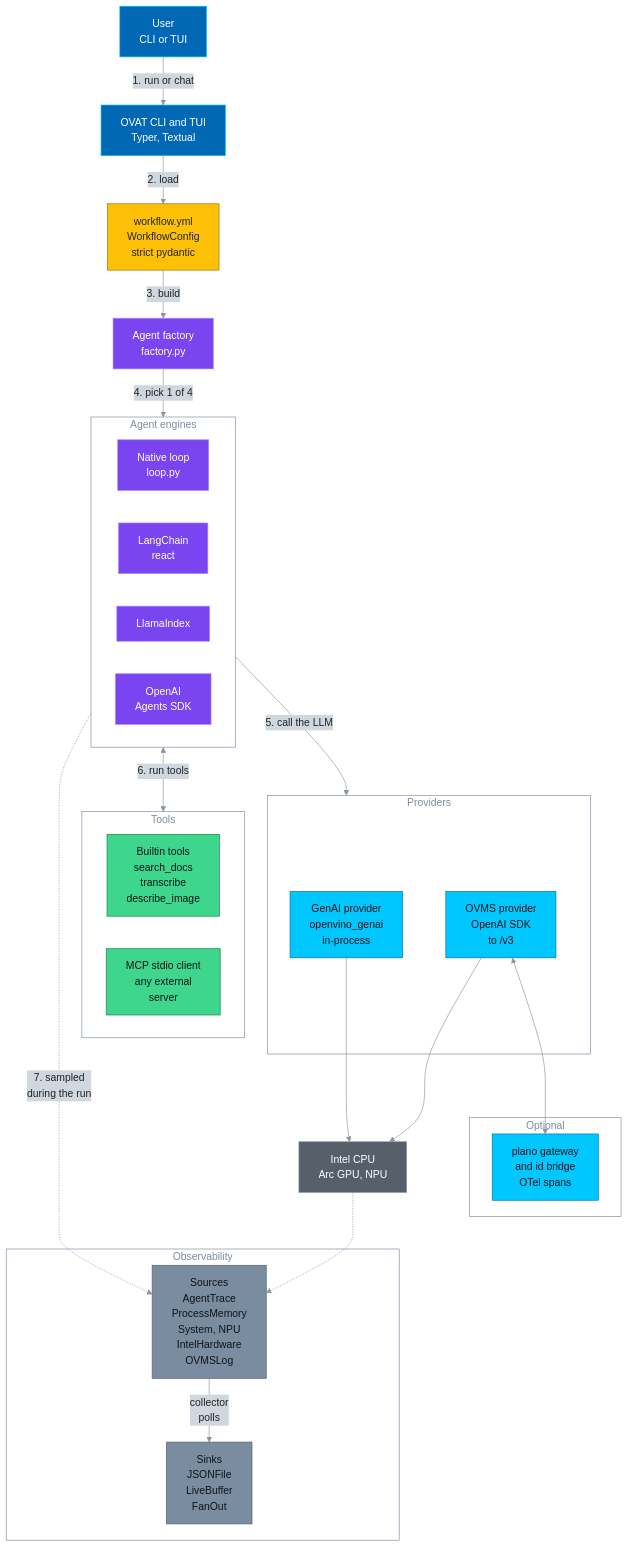
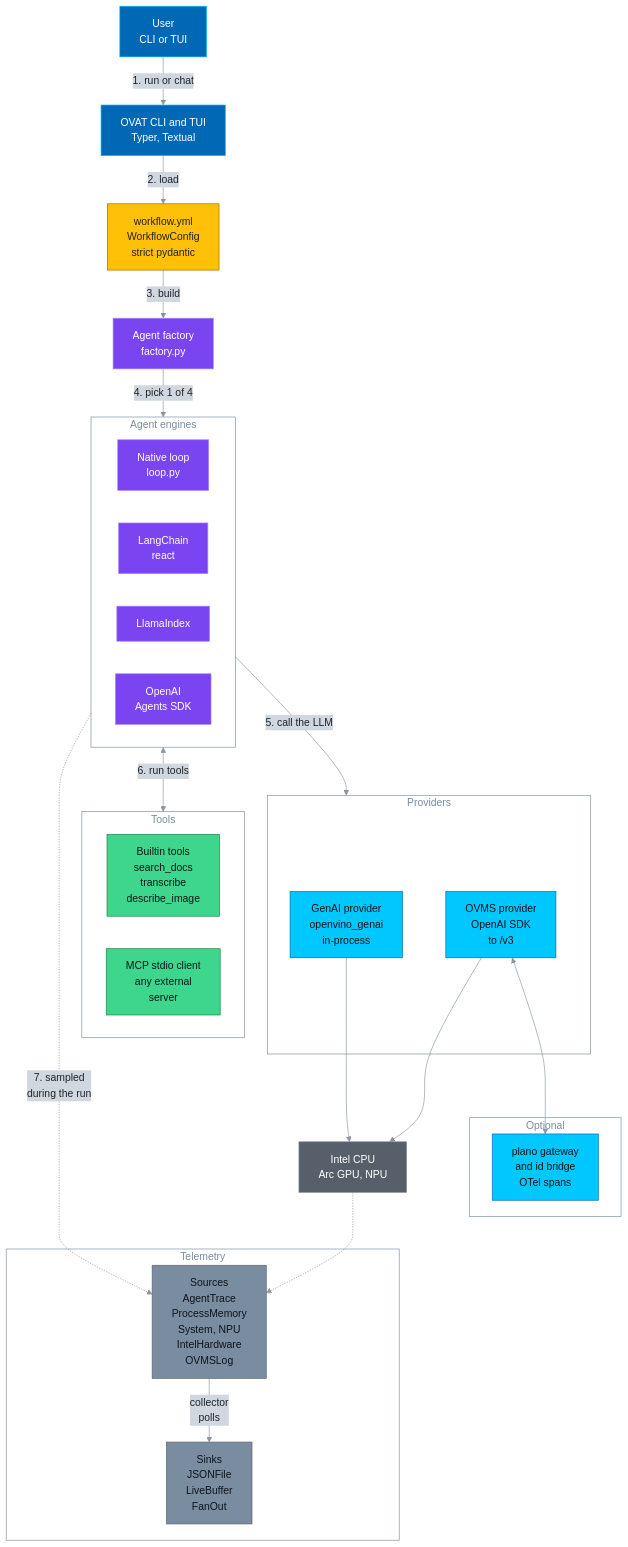
Before and after one commit to Lagmator22/ovat: the first of 11 diagrams in docs/ARCHITECTURE.md, drawn with Mermaid. The commit also changed other lines of this file and 4 other files, not shown here.

````diff
--- a/docs/ARCHITECTURE.md
+++ b/docs/ARCHITECTURE.md
@@ -123,60 +123,60 @@
 ```mermaid
 %%{init: {"theme": "base", "themeVariables": {"primaryColor": "#D0D7DE", "primaryTextColor": "#1F2328", "primaryBorderColor": "#8C959F", "lineColor": "#8C959F", "textColor": "#1F2328", "edgeLabelBackground": "#D0D7DE", "clusterBkg": "transparent", "clusterBorder": "#7A8CA0", "titleColor": "#7A8CA0"}}}%%
 flowchart TD
     User["User<br/>CLI or TUI"] -->|"1. run or chat"| CLI["OVAT CLI and TUI<br/>Typer, Textual"]
     CLI -->|"2. load"| Config["workflow.yml<br/>WorkflowConfig<br/>strict pydantic"]
     Config -->|"3. build"| Factory["Agent factory<br/>factory.py"]
     Factory -->|"4. pick 1 of 4"| Engines
 
     subgraph Engines ["Agent engines"]
         Native["Native loop<br/>loop.py"]
         LangChain["LangChain<br/>react"]
         LlamaIndex["LlamaIndex"]
         OpenAIAgents["OpenAI<br/>Agents SDK"]
     end
 
     Engines -->|"5. call the LLM"| Providers
     Engines <-->|"6. run tools"| Tools
 
     subgraph Providers ["Providers"]
         GenAI["GenAI provider<br/>openvino_genai<br/>in-process"]
         OVMS["OVMS provider<br/>OpenAI SDK<br/>to /v3"]
     end
 
     subgraph Tools ["Tools"]
         Builtin["Builtin tools<br/>search_docs<br/>transcribe<br/>describe_image"]
         MCP["MCP stdio client<br/>any external<br/>server"]
     end
 
     subgraph Gateway ["Optional"]
         Plano["plano gateway<br/>and id bridge<br/>OTel spans"]
     end
 
     OVMS <--> Plano
     GenAI --> Hardware["Intel CPU<br/>Arc GPU, NPU"]
     OVMS --> Hardware
 
-    subgraph Telemetry ["Observability"]
+    subgraph Telemetry ["Telemetry"]
         Sources["Sources<br/>AgentTrace<br/>ProcessMemory<br/>System, NPU<br/>IntelHardware<br/>OVMSLog"]
         Sinks["Sinks<br/>JSONFile<br/>LiveBuffer<br/>FanOut"]
         Sources -->|"collector<br/>polls"| Sinks
     end
 
     Engines -.->|"7. sampled<br/>during the run"| Sources
     Hardware -.-> Sources
 
     classDef cli fill:#0068B5,stroke:#00C7FD,color:#FFFFFF
     classDef config fill:#FFC107,stroke:#9A6700,color:#1F2328
     classDef engine fill:#7A45F0,stroke:#A98BFF,color:#FFFFFF
     classDef backend fill:#00C7FD,stroke:#0068B5,color:#0F141A
     classDef tool fill:#3DD68C,stroke:#1A7F37,color:#0F141A
     classDef telemetry fill:#7A8CA0,stroke:#57606A,color:#0F141A
     classDef hw fill:#57606A,stroke:#8C959F,color:#FFFFFF
     class User,CLI cli
     class Config config
     class Factory,Native,LangChain,LlamaIndex,OpenAIAgents engine
     class GenAI,OVMS,Plano backend
     class Builtin,MCP tool
     class Sources,Sinks telemetry
     class Hardware hw
 ```
````
